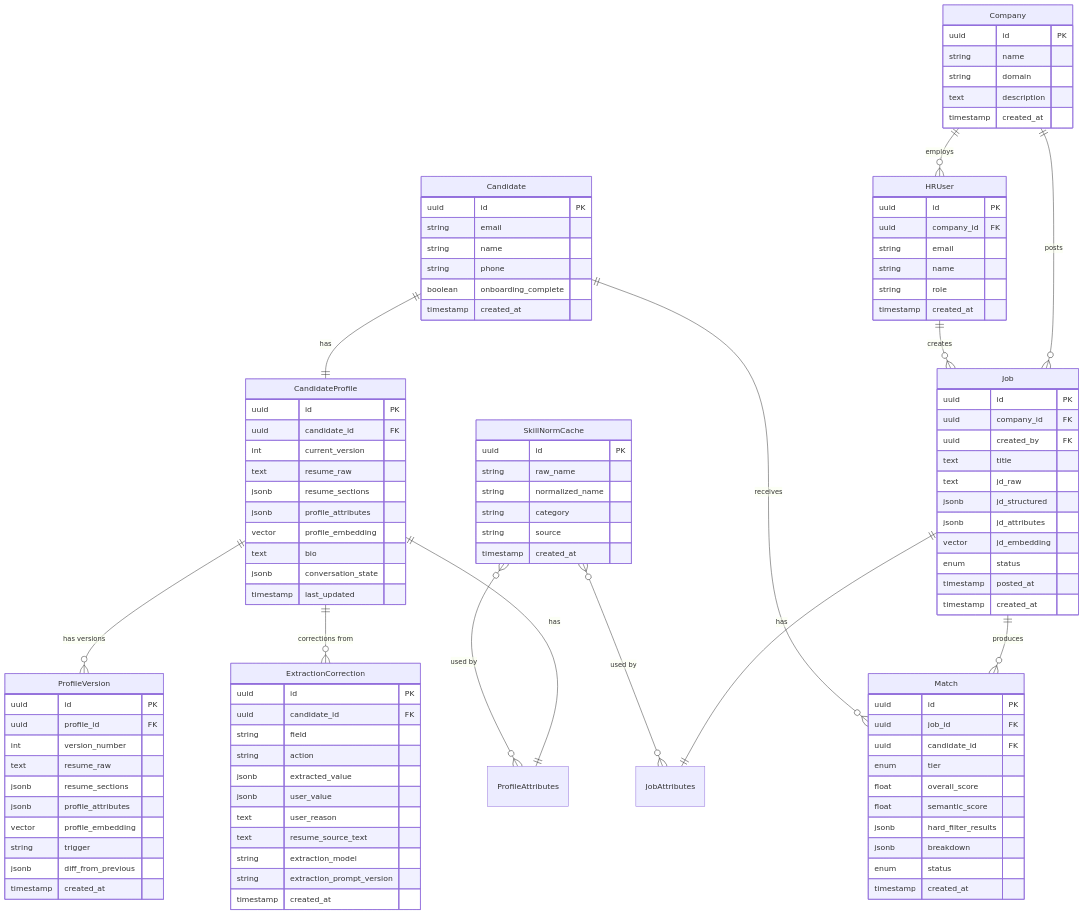
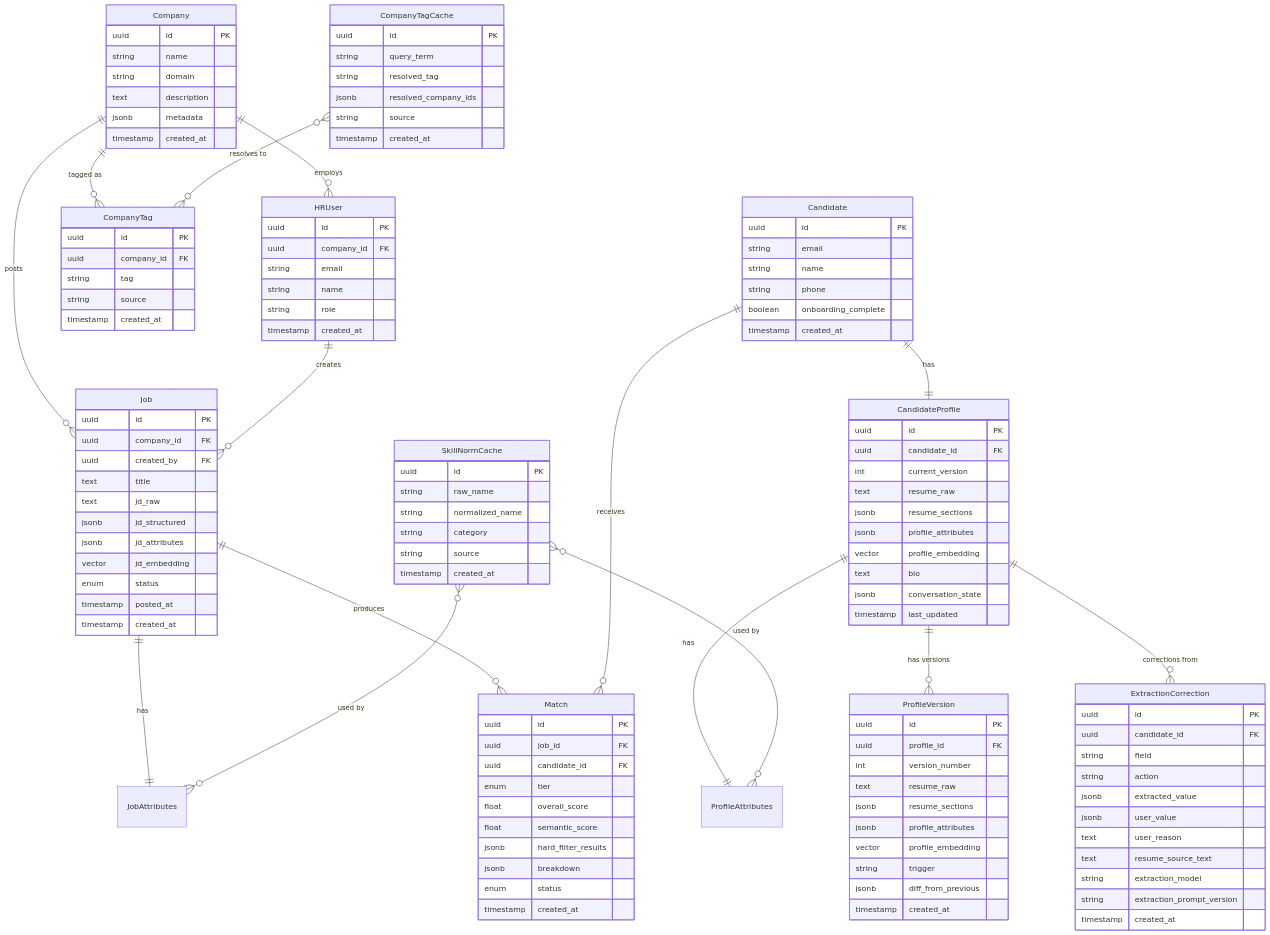
One commit to pathikg/niyog.dev changed the diagram in docs/DATA_MODEL.md. Above: the diagram before and after it, drawn with Mermaid. The commit also changed other lines of this file, not shown here.

First line of the commit message:
docs: add company tags and resolution cache for candidate search

```diff
--- a/docs/DATA_MODEL.md
+++ b/docs/DATA_MODEL.md
@@ -6,6 +6,7 @@
 erDiagram
     Company ||--o{ HRUser : employs
     Company ||--o{ Job : posts
+    Company ||--o{ CompanyTag : "tagged as"
     HRUser ||--o{ Job : creates
     Job ||--|| JobAttributes : has
     Job ||--o{ Match : produces
@@ -15,12 +16,31 @@
     CandidateProfile ||--o{ ProfileVersion : "has versions"
     SkillNormCache }o--o{ JobAttributes : "used by"
     SkillNormCache }o--o{ ProfileAttributes : "used by"
+    CompanyTagCache }o--o{ CompanyTag : "resolves to"
 
     Company {
         uuid id PK
         string name
         string domain
         text description
+        jsonb metadata
+        timestamp created_at
+    }
+
+    CompanyTag {
+        uuid id PK
+        uuid company_id FK
+        string tag
+        string source
+        timestamp created_at
+    }
+
+    CompanyTagCache {
+        uuid id PK
+        string query_term
+        string resolved_tag
+        jsonb resolved_company_ids
+        string source
         timestamp created_at
     }
 
```
